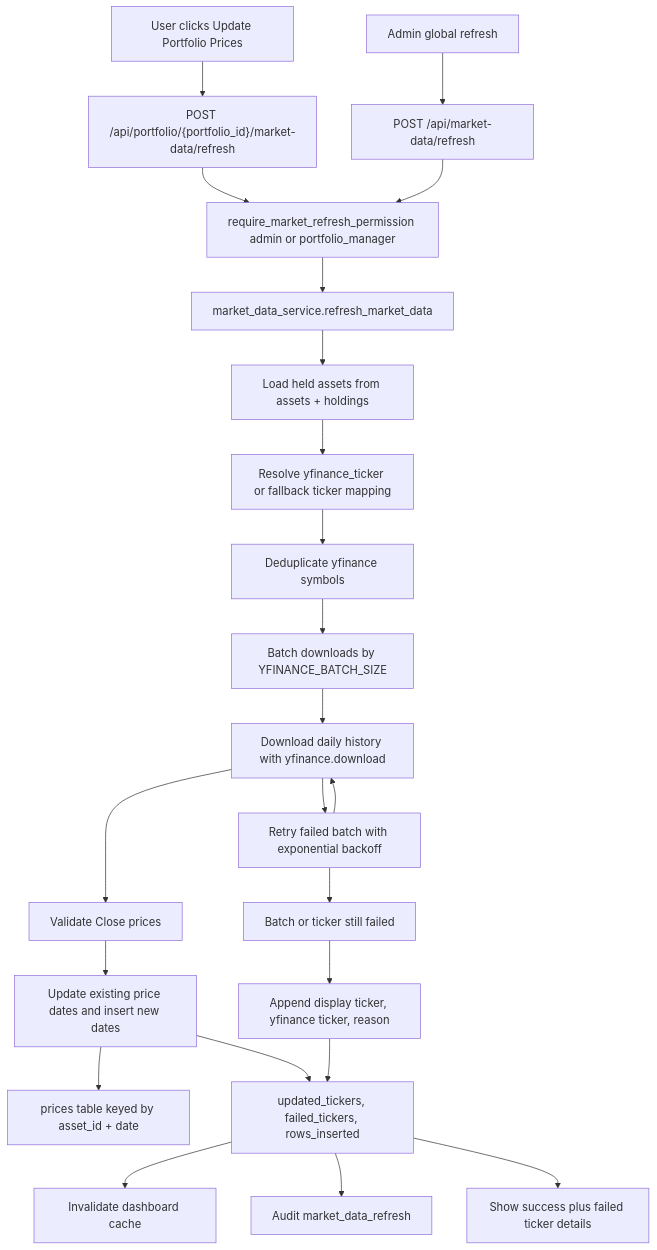
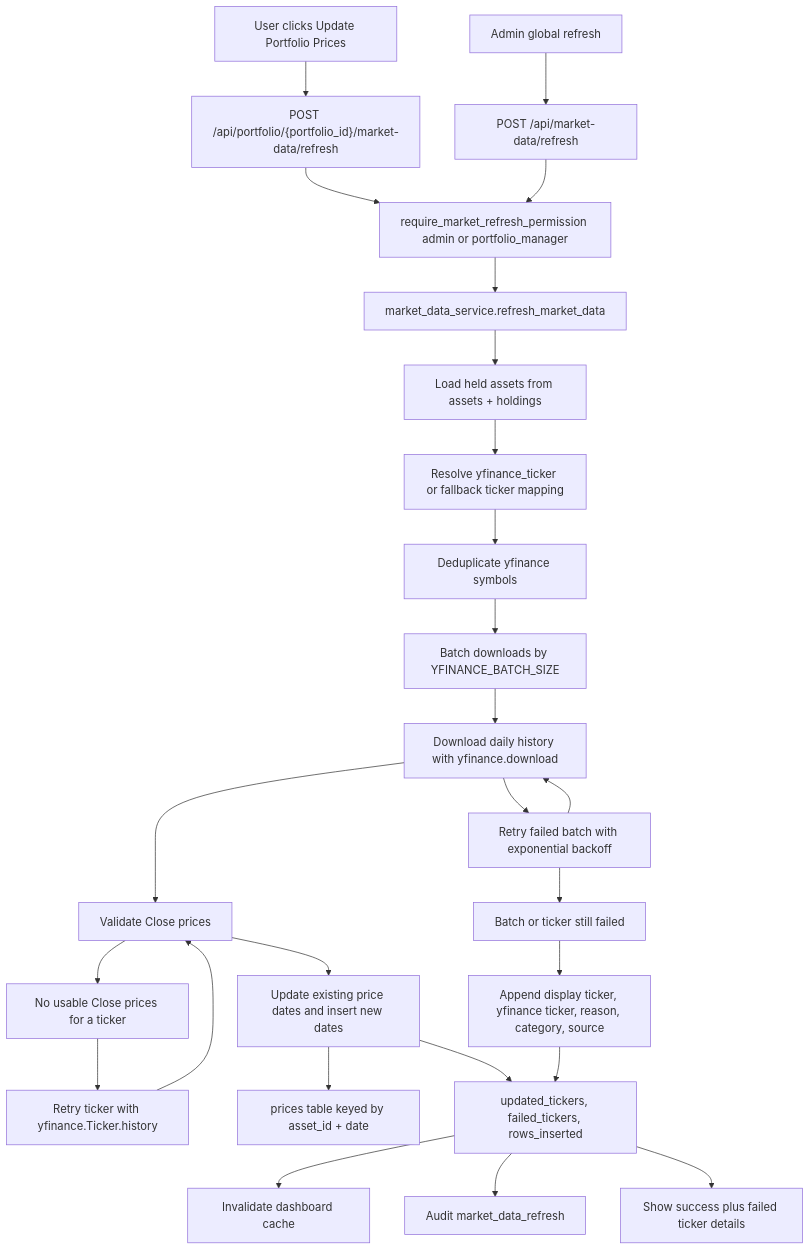
The fifth of 9 diagrams in docs/ARCHITECTURE.md (itzjiawei/investment-risk-platform), drawn with Mermaid before and after one commit. The commit also changed 10 other files, not shown here.

````diff
--- a/docs/ARCHITECTURE.md
+++ b/docs/ARCHITECTURE.md
@@ -163,30 +163,33 @@
 ```mermaid
 flowchart TD
     UserAction["User clicks Update Portfolio Prices"] --> Endpoint["POST /api/portfolio/{portfolio_id}/market-data/refresh"]
     AdminAction["Admin global refresh"] --> GlobalEndpoint["POST /api/market-data/refresh"]
 
     Endpoint --> Permission["require_market_refresh_permission admin or portfolio_manager"]
     GlobalEndpoint --> Permission
     Permission --> Service["market_data_service.refresh_market_data"]
 
     Service --> Assets["Load held assets from assets + holdings"]
     Assets --> TickerMap["Resolve yfinance_ticker or fallback ticker mapping"]
     TickerMap --> Dedupe["Deduplicate yfinance symbols"]
     Dedupe --> Batch["Batch downloads by YFINANCE_BATCH_SIZE"]
     Batch --> YFinance["Download daily history with yfinance.download"]
 
     YFinance --> Validate["Validate Close prices"]
+    Validate --> EmptyBatch["No usable Close prices for a ticker"]
+    EmptyBatch --> IndividualFallback["Retry ticker with yfinance.Ticker.history"]
+    IndividualFallback --> Validate
     Validate --> Upsert["Update existing price dates and insert new dates"]
     Upsert --> Prices["prices table keyed by asset_id + date"]
     Upsert --> Summary["updated_tickers, failed_tickers, rows_inserted"]
 
     YFinance --> Retry["Retry failed batch with exponential backoff"]
     Retry --> YFinance
     Retry --> Failure["Batch or ticker still failed"]
-    Failure --> FailedList["Append display ticker, yfinance ticker, reason"]
+    Failure --> FailedList["Append display ticker, yfinance ticker, reason, category, source"]
     FailedList --> Summary
 
     Summary --> CacheInvalidate["Invalidate dashboard cache"]
     Summary --> Audit["Audit market_data_refresh"]
     Summary --> Frontend["Show success plus failed ticker details"]
 ```
````
